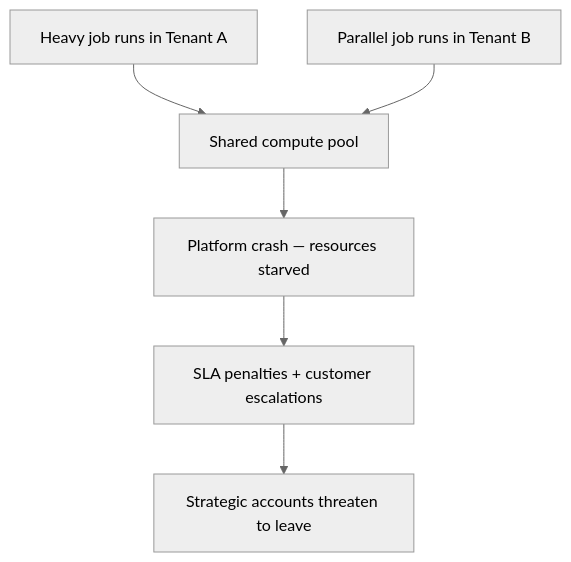
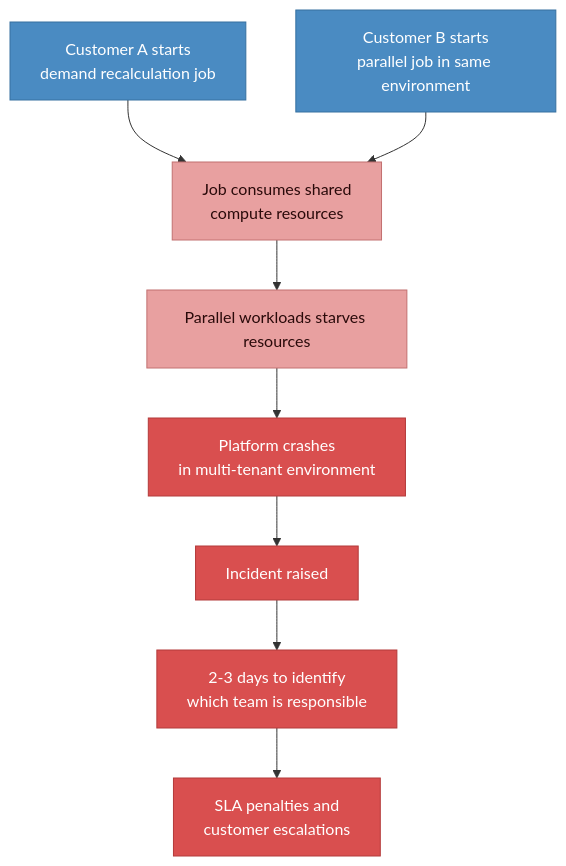
Before and after one commit to ShashwatSharmaPM/platform-decomposition-api-marketplace: the second of 3 diagrams in diagrams/before-state.md, drawn with Mermaid. The commit also changed other lines of this file, not shown here.

````diff
--- a/diagrams/before-state.md
+++ b/diagrams/before-state.md
@@ -28,9 +37,19 @@
 ```mermaid
-%%{init: {'theme': 'neutral'}}%%
 graph TD
-    A[Heavy job runs in Tenant A] --> SHARED[Shared compute pool]
-    B[Parallel job runs in Tenant B] --> SHARED
-    SHARED --> CRASH[Platform crash — resources starved]
-    CRASH --> SLA[SLA penalties + customer escalations]
-    SLA --> CHURN[Strategic accounts threaten to leave]
+    CUST_A[Customer A starts<br/>demand recalculation job] --> SHARED[Job consumes shared<br/>compute resources]
+    CUST_B[Customer B starts<br/>parallel job in same environment] --> SHARED
+
+    SHARED --> STARVE[Parallel workloads starves resources]
+    STARVE --> CRASH[Platform crashes<br/>in multi-tenant environment]
+    CRASH --> INCIDENT[Incident raised]
+    INCIDENT --> BLAME[2-3 days to identify<br/>which team is responsible]
+    BLAME --> SLA[SLA penalties and<br/>customer escalations]
+
+    classDef trigger fill:#4a8bc2,color:#fff,stroke:#3670a0
+    classDef problem fill:#e8a0a0,color:#2a0a0a,stroke:#c27070
+    classDef bad fill:#d94f4f,color:#fff,stroke:#b33a3a
+
+    class CUST_A,CUST_B trigger
+    class SHARED,STARVE problem
+    class CRASH,INCIDENT,BLAME,SLA bad
 ```
````
